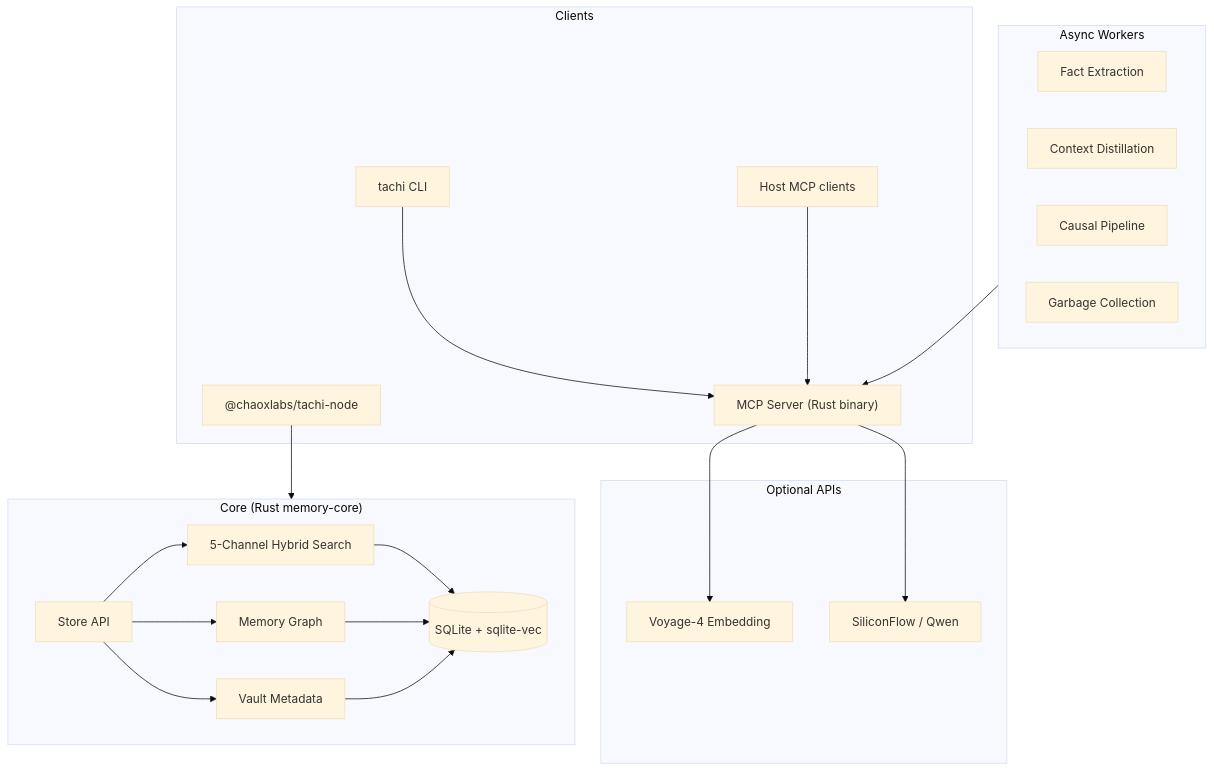
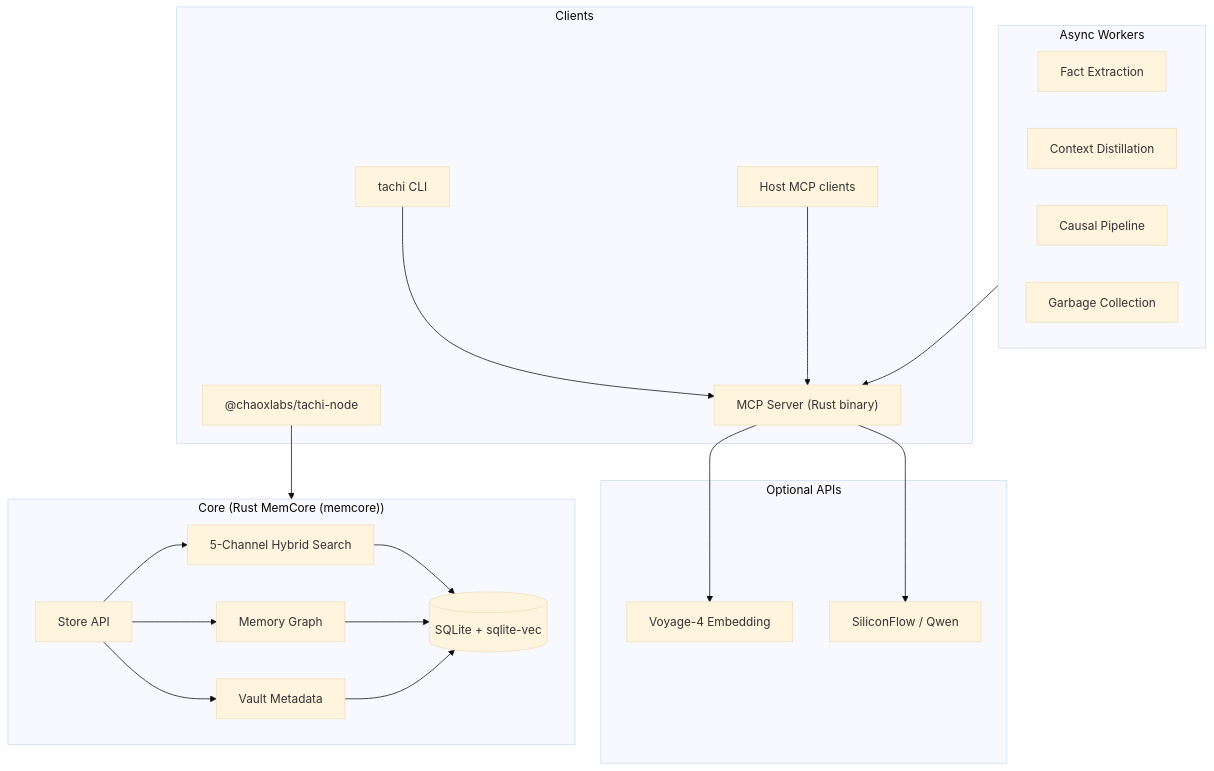
One commit to kckylechen1/Tachi changed the diagram in README.md. Above: the diagram before and after it, drawn with Mermaid (base theme). The commit also changed other lines of this file and 1607 other files, not shown here.

First line of the commit message:
rename(#890): MemCore / Tachi crate branding unification [Grok]

````diff
--- a/README.md
+++ b/README.md
@@ -223,43 +223,43 @@
 ```mermaid
 graph TD
     subgraph Clients["Clients"]
         CLI["tachi CLI"]
         RMCP["MCP Server (Rust binary)"]
         Node["@chaoxlabs/tachi-node"]
         Hosts["Host MCP clients"]
     end
 
     subgraph Cloud["Optional APIs"]
         VOYAGE["Voyage-4 Embedding"]
         SILICON["SiliconFlow / Qwen"]
     end
 
     subgraph Workers["Async Workers"]
         EXTRACT["Fact Extraction"]
         DISTILL["Context Distillation"]
         CAUSAL["Causal Pipeline"]
         GC["Garbage Collection"]
     end
 
-    subgraph Core["Core (Rust memory-core)"]
+    subgraph Core["Core (Rust MemCore (memcore))"]
         API["Store API"]
         SEARCH["5-Channel Hybrid Search"]
         GRAPH["Memory Graph"]
         VAULT["Vault Metadata"]
         API --> SEARCH
         API --> GRAPH
         API --> VAULT
         SEARCH --> DB
         GRAPH --> DB
         VAULT --> DB
     end
 
     DB[(SQLite + sqlite-vec)]
 
     RMCP --> VOYAGE
     RMCP --> SILICON
     CLI --> RMCP
     Hosts --> RMCP
     Node --> Core
     Workers --> RMCP
 ```
````
